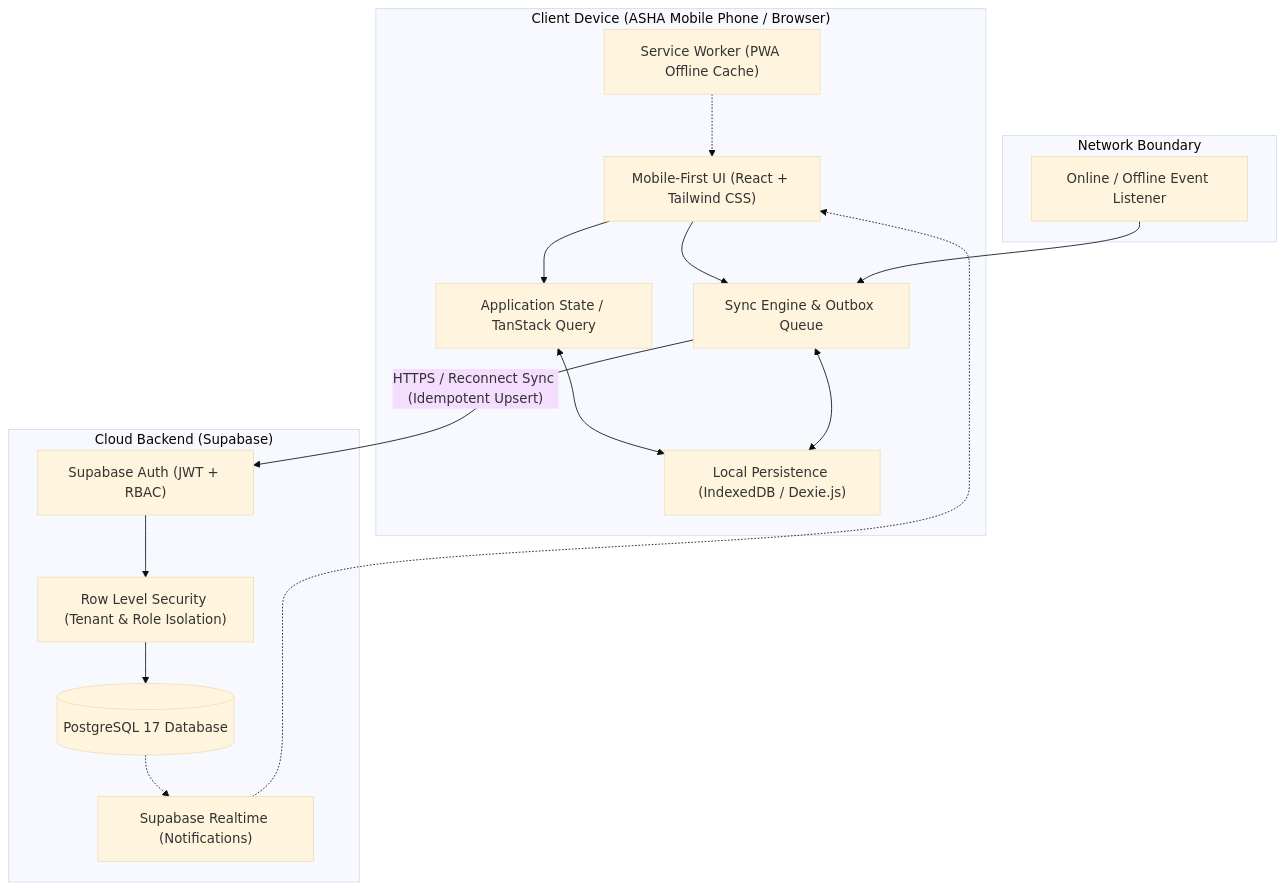
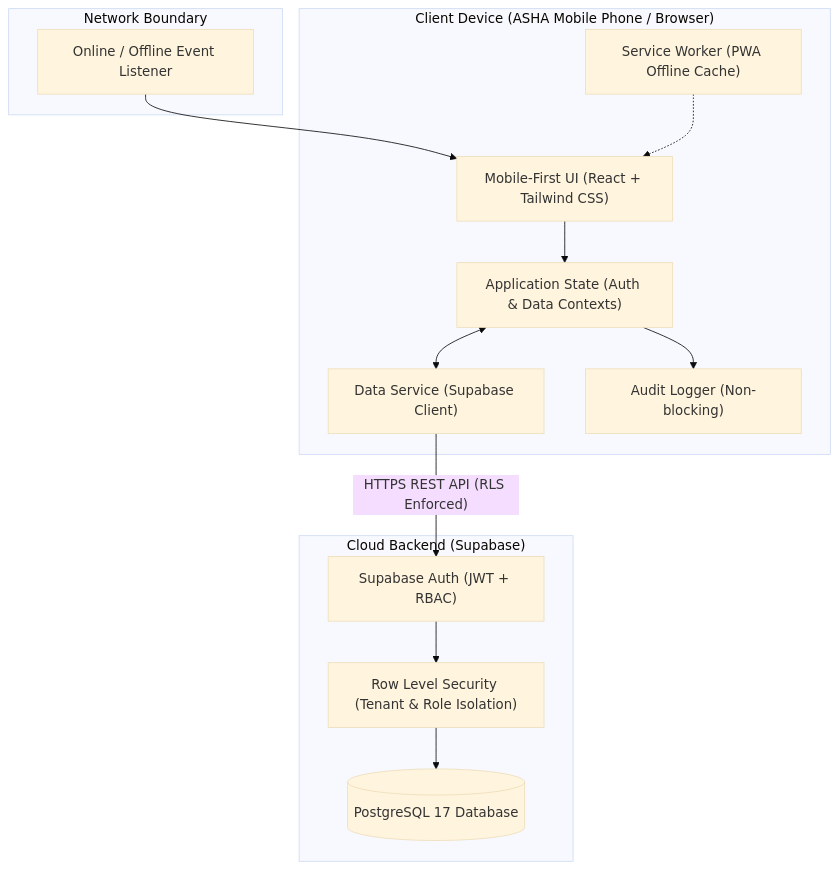
One commit to Khemraj-Sahu-9/IUR-26 changed the diagram in docs/architecture.md. Above: the diagram before and after it, drawn with Mermaid (base theme). The commit also changed other lines of this file and 42 other files, not shown here.

Commit message:
feat(phase-1): complete foundation, database schema, RLS, auth, and E2E role tests

````diff
--- a/docs/architecture.md
+++ b/docs/architecture.md
@@ -6,33 +6,29 @@
 ```mermaid
 flowchart TD
     subgraph Client ["Client Device (ASHA Mobile Phone / Browser)"]
         UI["Mobile-First UI (React + Tailwind CSS)"]
-        State["Application State / TanStack Query"]
-        Dexie["Local Persistence (IndexedDB / Dexie.js)"]
-        SyncEngine["Sync Engine & Outbox Queue"]
+        State["Application State (Auth & Data Contexts)"]
+        DataService["Data Service (Supabase Client)"]
+        AuditService["Audit Logger (Non-blocking)"]
         SW["Service Worker (PWA Offline Cache)"]
     end
 
     subgraph Network ["Network Boundary"]
         Detector["Online / Offline Event Listener"]
     end
 
     subgraph Backend ["Cloud Backend (Supabase)"]
         Auth["Supabase Auth (JWT + RBAC)"]
         Postgres[("PostgreSQL 17 Database")]
         RLS["Row Level Security (Tenant & Role Isolation)"]
-        Realtime["Supabase Realtime (Notifications)"]
     end
 
     UI --> State
-    State <--> Dexie
-    UI --> SyncEngine
-    SyncEngine <--> Dexie
-    Detector --> SyncEngine
-    SyncEngine -- "HTTPS / Reconnect Sync (Idempotent Upsert)" --> Auth
+    State <--> DataService
+    State --> AuditService
+    Detector --> UI
+    DataService -- "HTTPS REST API (RLS Enforced)" --> Auth
     Auth --> RLS
     RLS --> Postgres
-    Postgres -.-> Realtime
-    Realtime -.-> UI
     SW -.-> UI
 ```
````
